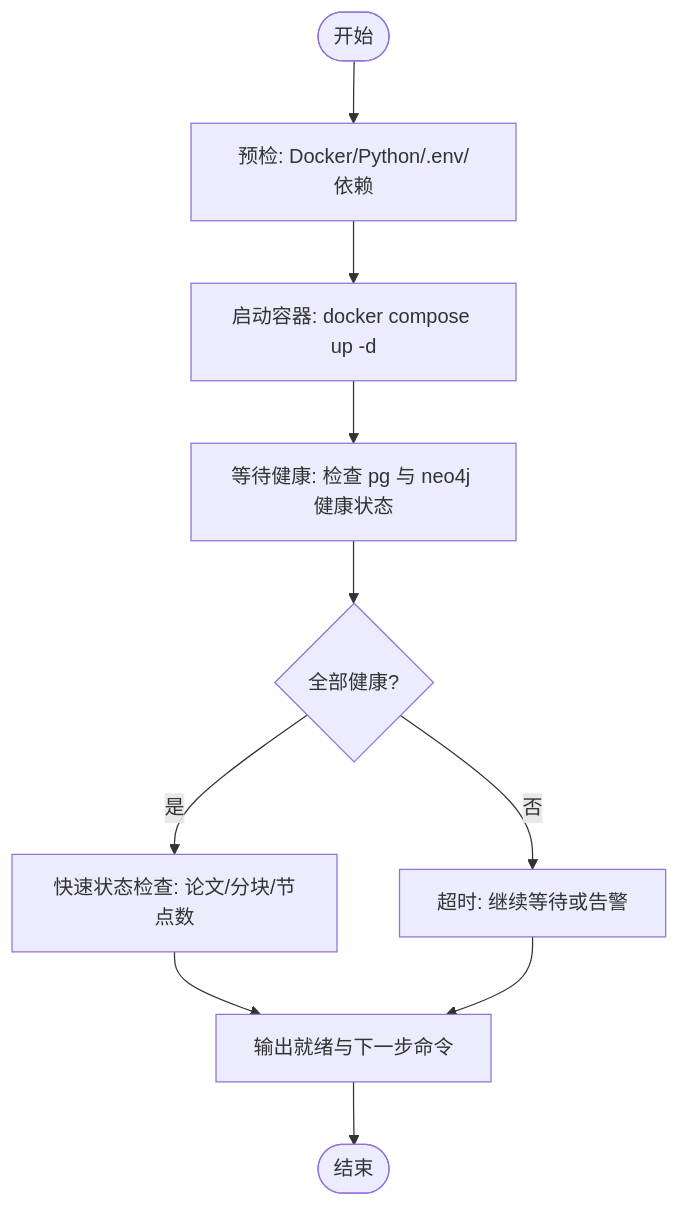
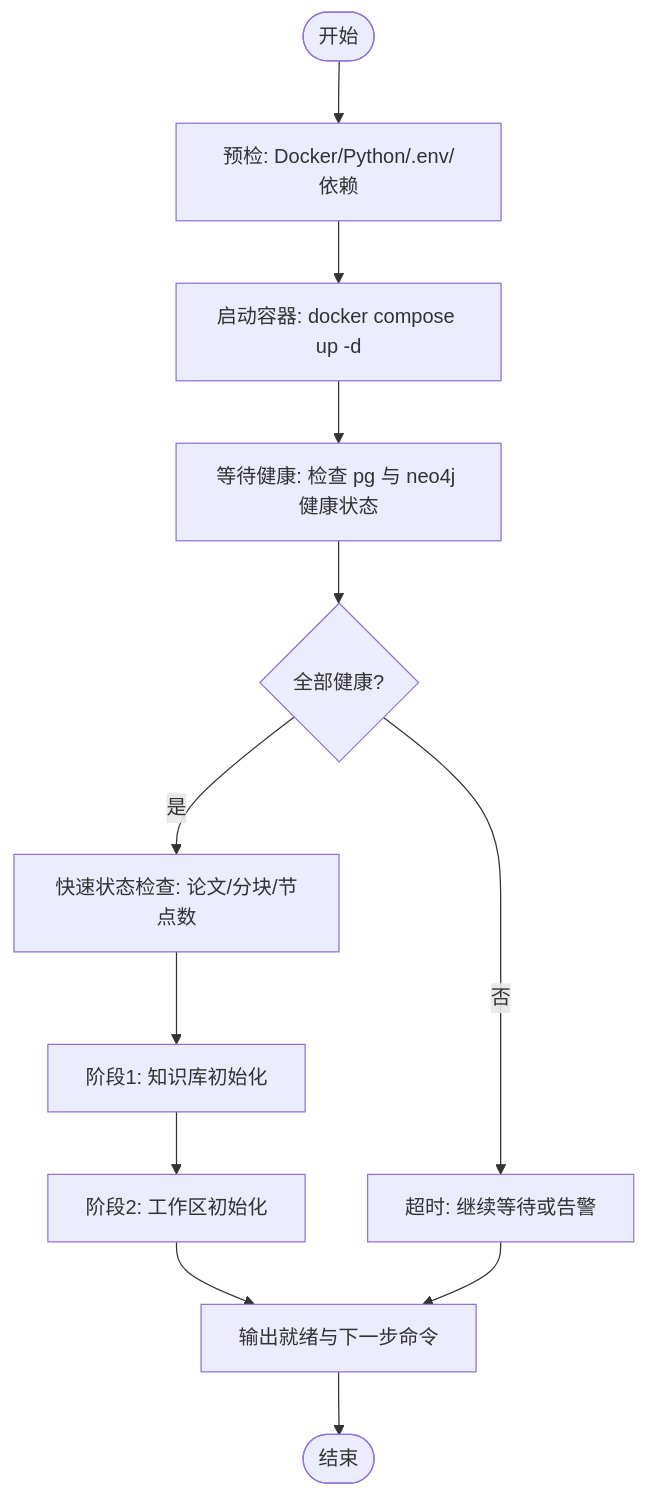
The ninth of 10 diagrams in .qoder/repowiki/zh/content/部署与运维/部署与运维.md (1173591564/academic-based-qoder), drawn with Mermaid before and after one commit. The commit also changed other lines of this file and 75 other files, not shown here.

````diff
--- a/.qoder/repowiki/zh/content/部署与运维/部署与运维.md
+++ b/.qoder/repowiki/zh/content/部署与运维/部署与运维.md
@@ -539,12 +637,14 @@
 ```mermaid
 flowchart TD
 Start(["开始"]) --> Preflight["预检: Docker/Python/.env/依赖"]
 Preflight --> Up["启动容器: docker compose up -d"]
 Up --> WaitHealthy["等待健康: 检查 pg 与 neo4j 健康状态"]
 WaitHealthy --> Healthy{"全部健康?"}
 Healthy --> |是| Status["快速状态检查: 论文/分块/节点数"]
 Healthy --> |否| Timeout["超时: 继续等待或告警"]
-Status --> Ready["输出就绪与下一步命令"]
+Status --> Phase1["阶段1: 知识库初始化"]
+Phase1 --> Phase2["阶段2: 工作区初始化"]
+Phase2 --> Ready["输出就绪与下一步命令"]
 Timeout --> Ready
 Ready --> End(["结束"])
 ```
````
